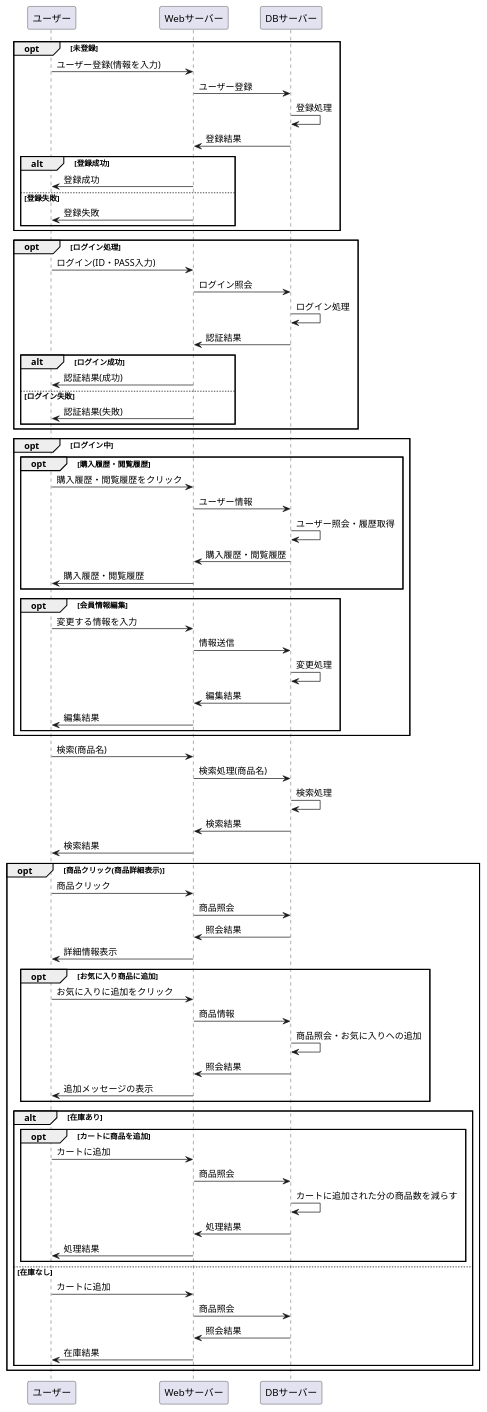
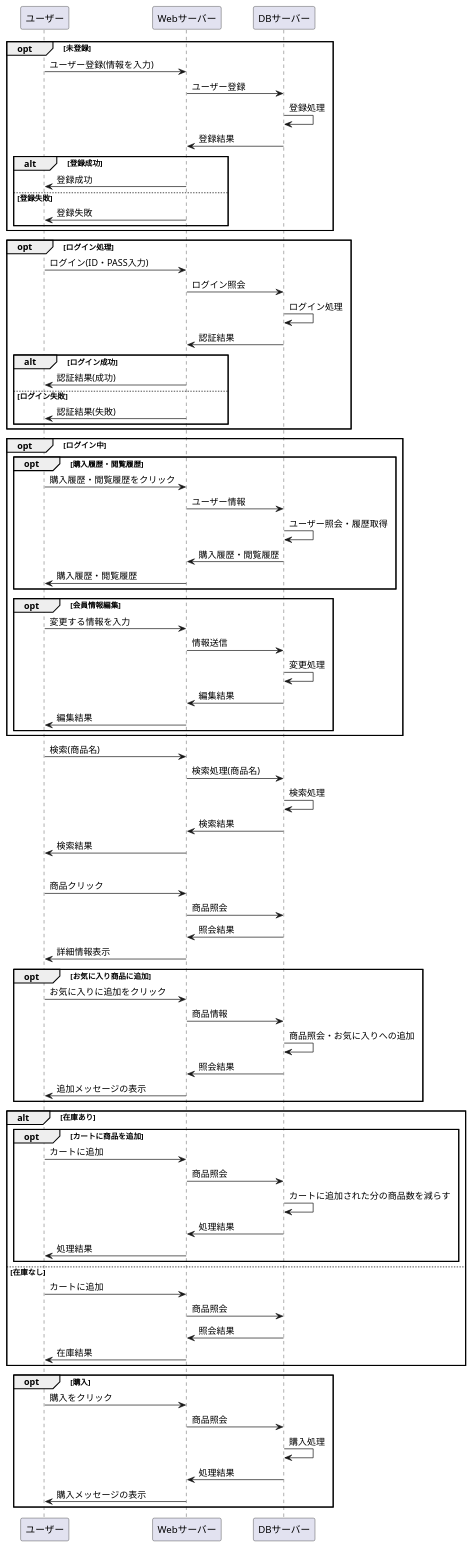
One commit to Aso2001163/2021sys-design-2 changed the diagram in システム開発/業務フロー/業務フロー.md. Above: the diagram before and after it, drawn with PlantUML.

```diff
--- a/システム開発/業務フロー/業務フロー.md
+++ b/システム開発/業務フロー/業務フロー.md
@@ -82,6 +82,12 @@
 Webサーバー -> ユーザー : 在庫結果
 end
 
+opt 購入
+ユーザー -> Webサーバー : 購入をクリック
+Webサーバー -> DBサーバー : 商品照会
+DBサーバー -> DBサーバー : 購入処理
+DBサーバー -> Webサーバー : 処理結果
+Webサーバー -> ユーザー : 購入メッセージの表示
 end
 
 @enduml
```
